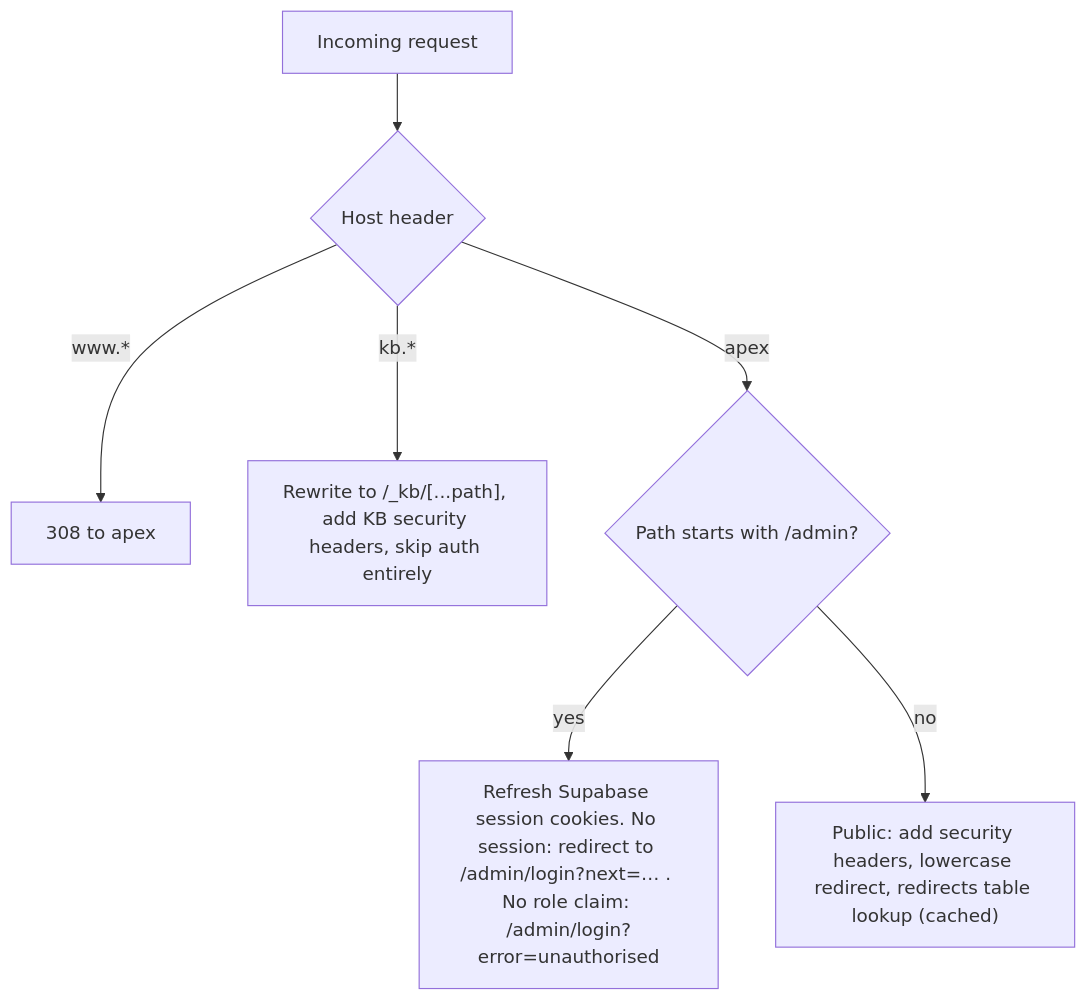
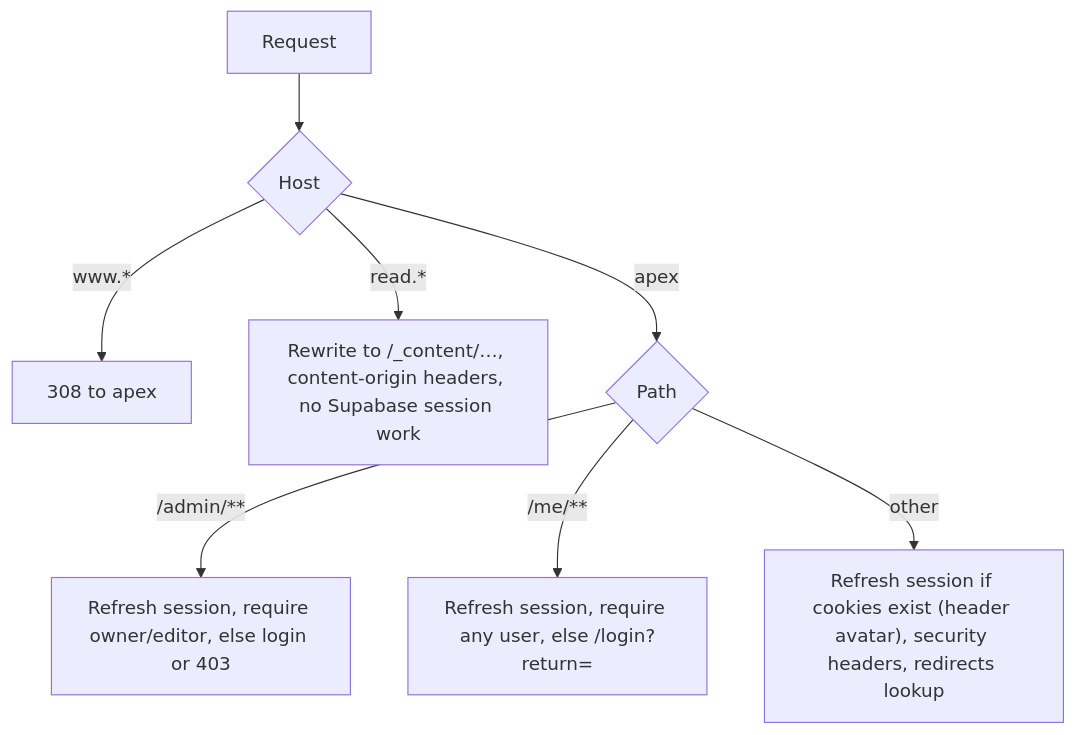
Before and after one commit to eyasir329/portfolio: the fourth of 6 diagrams in docs/06-system-architecture.md, drawn with Mermaid. The commit also changed other lines of this file and 25 other files, not shown here.

````diff
--- a/docs/06-system-architecture.md
+++ b/docs/06-system-architecture.md
@@ -152,9 +140,10 @@
 ```mermaid
 flowchart TD
-  R["Incoming request"] --> H{"Host header"}
+  R["Request"] --> H{"Host"}
   H -- "www.*" --> WW["308 to apex"]
-  H -- "kb.*" --> K["Rewrite to /_kb/[...path], add KB security headers, skip auth entirely"]
-  H -- "apex" --> A{"Path starts with /admin?"}
-  A -- yes --> S["Refresh Supabase session cookies. No session: redirect to /admin/login?next=… . No role claim: /admin/login?error=unauthorised"]
-  A -- no --> P["Public: add security headers, lowercase redirect, redirects table lookup (cached)"]
+  H -- "read.*" --> K["Rewrite to /_content/…, content-origin headers, no Supabase session work"]
+  H -- "apex" --> A{"Path"}
+  A -- "/admin/**" --> S["Refresh session, require owner/editor, else login or 403"]
+  A -- "/me/**" --> G["Refresh session, require any user, else /login?return="]
+  A -- "other" --> P["Refresh session if cookies exist (header avatar), security headers, redirects lookup"]
 ```
````
